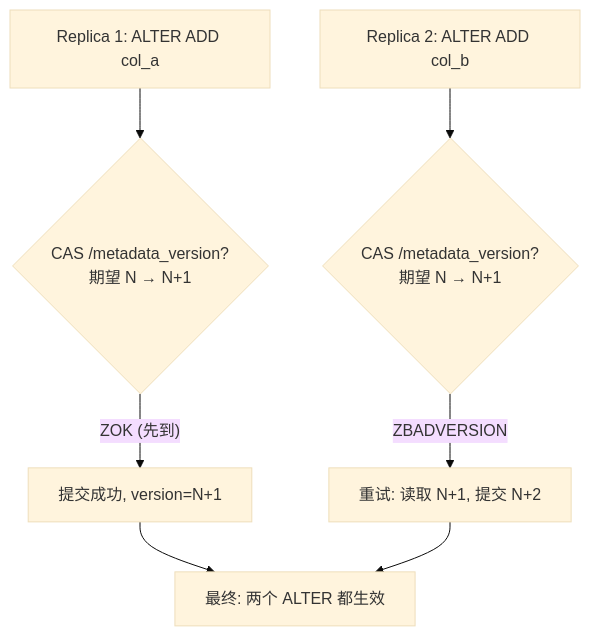
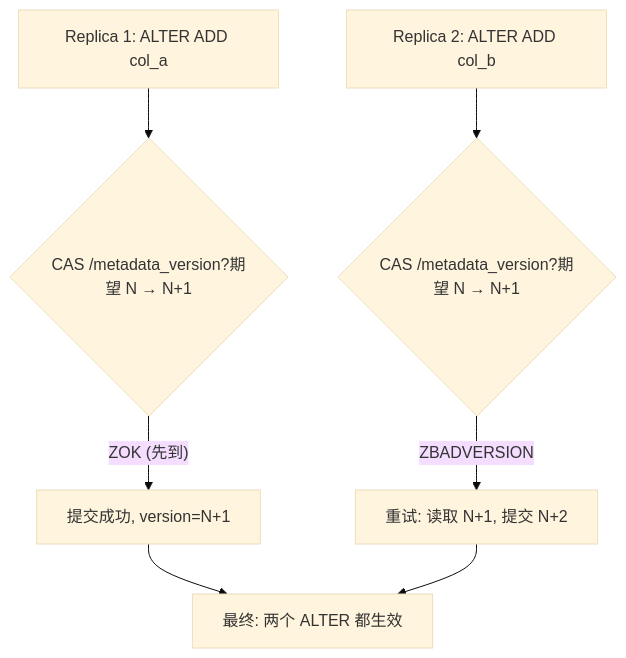
One commit to carlvinhust2012/MyStudy changed the ninth of 14 diagrams in Database/ClickHouse/clickhouse的一致性分析.md. Above: the diagram before and after it, drawn with Mermaid (base theme). The commit also changed other lines of this file, not shown here.

````diff
--- a/Database/ClickHouse/clickhouse的一致性分析.md
+++ b/Database/ClickHouse/clickhouse的一致性分析.md
@@ -392,11 +392,11 @@
 ```mermaid
 flowchart TD
-    A1["Replica 1: ALTER ADD col_a"] --> CAS1{"CAS /metadata_version?<br/>期望 N → N+1"}
-    A2["Replica 2: ALTER ADD col_b"] --> CAS2{"CAS /metadata_version?<br/>期望 N → N+1"}
+    A1["Replica 1: ALTER ADD col_a"] --> CAS1{"CAS /metadata_version?期望 N → N+1"}
+    A2["Replica 2: ALTER ADD col_b"] --> CAS2{"CAS /metadata_version?期望 N → N+1"}
 
     CAS1 -->|"ZOK (先到)"| Success1["提交成功, version=N+1"]
     CAS2 -->|"ZBADVERSION"| Retry["重试: 读取 N+1, 提交 N+2"]
 
     Success1 --> Final["最终: 两个 ALTER 都生效"]
     Retry --> Final
 ```
````
